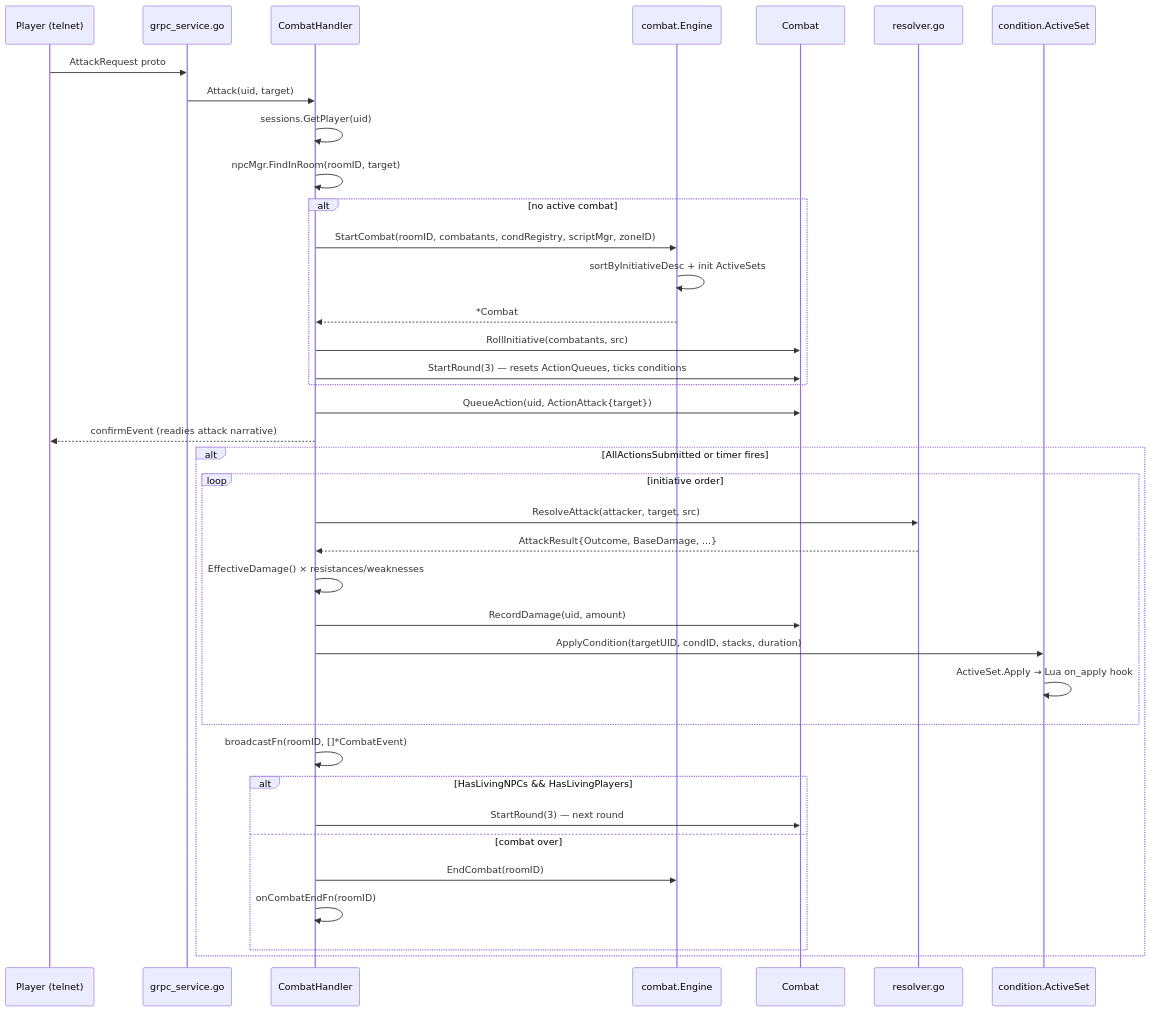
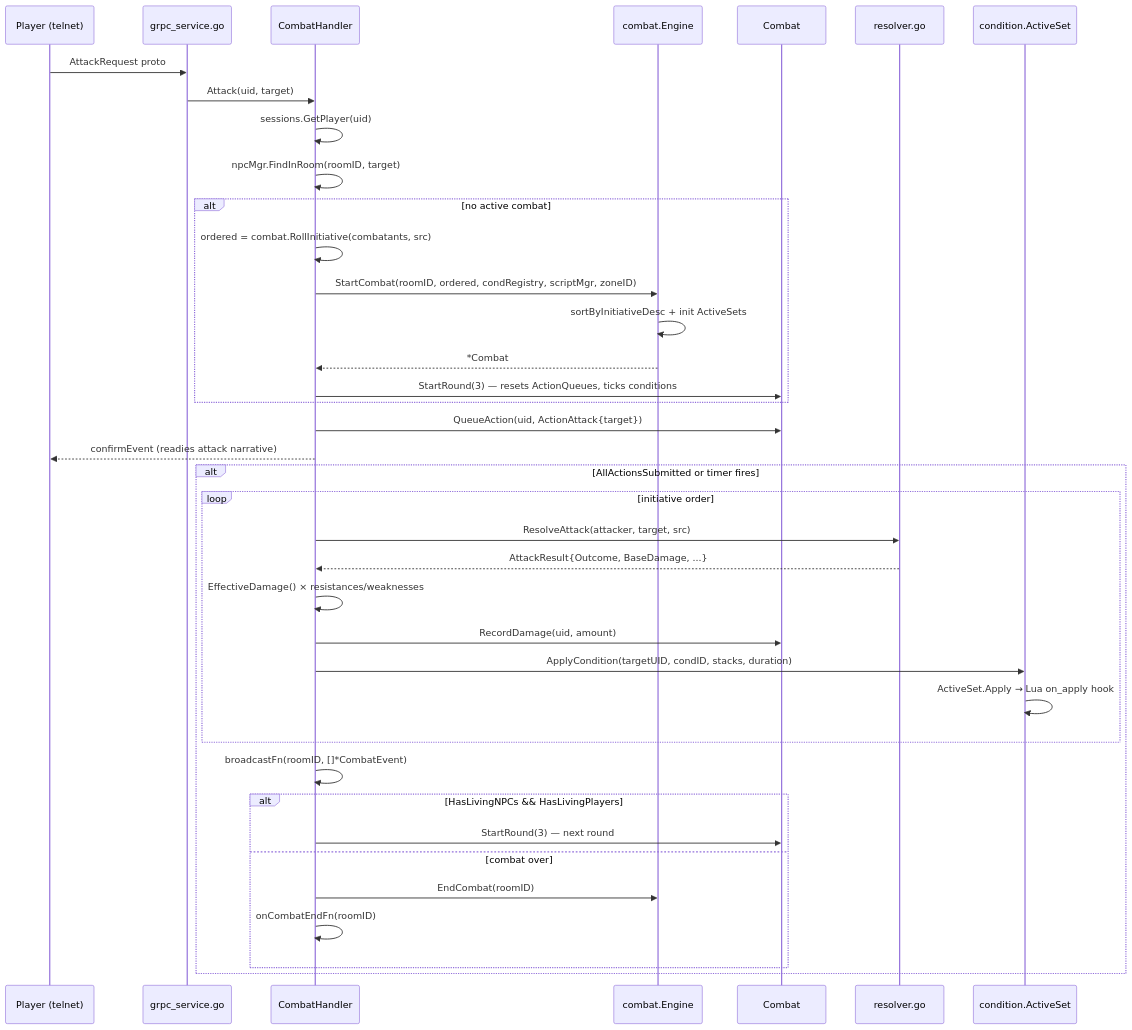
The first of 2 diagrams in docs/architecture/combat.md (cory-johannsen/mud), drawn with Mermaid before and after one commit. The commit also changed other lines of this file and 1 other file, not shown here.

Commit message:
docs(arch): fix RollInitiative receiver, add cover actions, fix graph edges

````diff
--- a/docs/architecture/combat.md
+++ b/docs/architecture/combat.md
@@ -73,41 +73,41 @@
 ```mermaid
 sequenceDiagram
     participant P as Player (telnet)
     participant GS as grpc_service.go
     participant CH as CombatHandler
     participant E as combat.Engine
     participant C as Combat
     participant R as resolver.go
     participant Cond as condition.ActiveSet
 
     P->>GS: AttackRequest proto
     GS->>CH: Attack(uid, target)
     CH->>CH: sessions.GetPlayer(uid)
     CH->>CH: npcMgr.FindInRoom(roomID, target)
     alt no active combat
-        CH->>E: StartCombat(roomID, combatants, condRegistry, scriptMgr, zoneID)
+        CH->>CH: ordered = combat.RollInitiative(combatants, src)
+        CH->>E: StartCombat(roomID, ordered, condRegistry, scriptMgr, zoneID)
         E->>E: sortByInitiativeDesc + init ActiveSets
         E-->>CH: *Combat
-        CH->>C: RollInitiative(combatants, src)
         CH->>C: StartRound(3) — resets ActionQueues, ticks conditions
     end
     CH->>C: QueueAction(uid, ActionAttack{target})
     CH-->>P: confirmEvent (readies attack narrative)
     alt AllActionsSubmitted or timer fires
         loop initiative order
             CH->>R: ResolveAttack(attacker, target, src)
             R-->>CH: AttackResult{Outcome, BaseDamage, ...}
             CH->>CH: EffectiveDamage() × resistances/weaknesses
             CH->>C: RecordDamage(uid, amount)
             CH->>Cond: ApplyCondition(targetUID, condID, stacks, duration)
             Cond->>Cond: ActiveSet.Apply → Lua on_apply hook
         end
         CH->>CH: broadcastFn(roomID, []*CombatEvent)
         alt HasLivingNPCs && HasLivingPlayers
             CH->>C: StartRound(3) — next round
         else combat over
             CH->>E: EndCombat(roomID)
             CH->>CH: onCombatEndFn(roomID)
         end
     end
 ```
````
